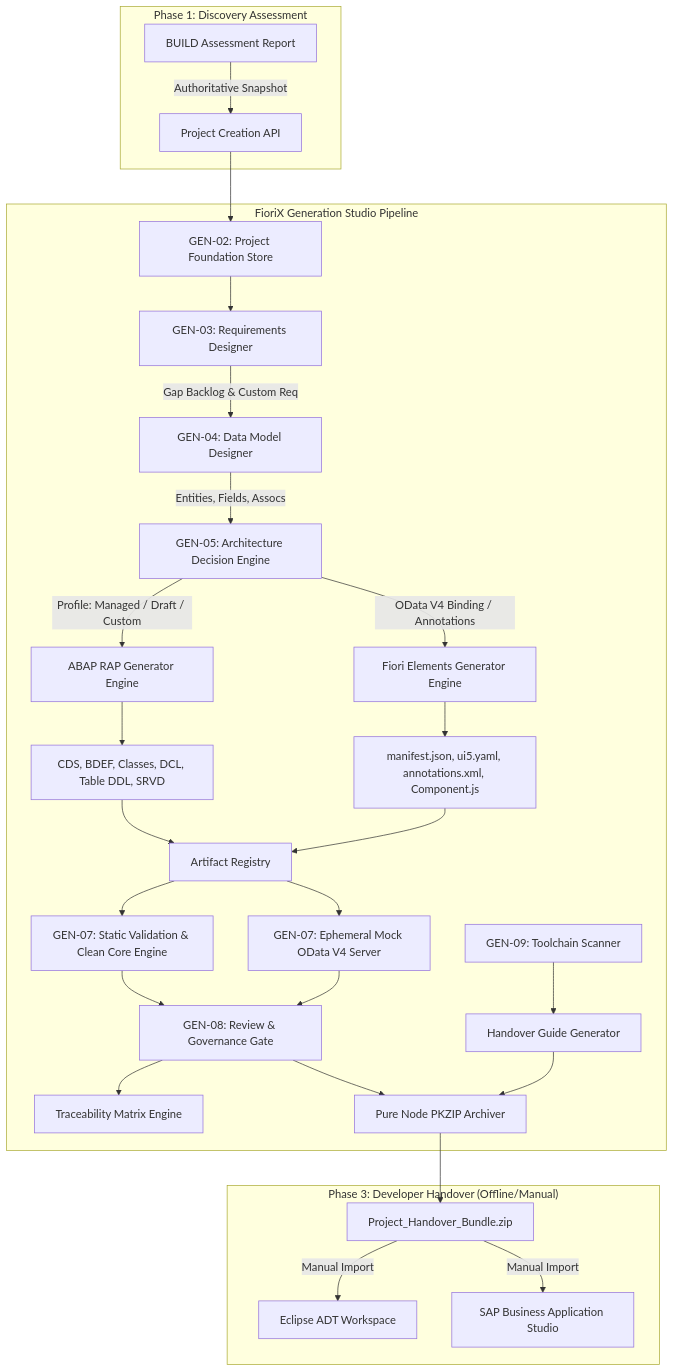
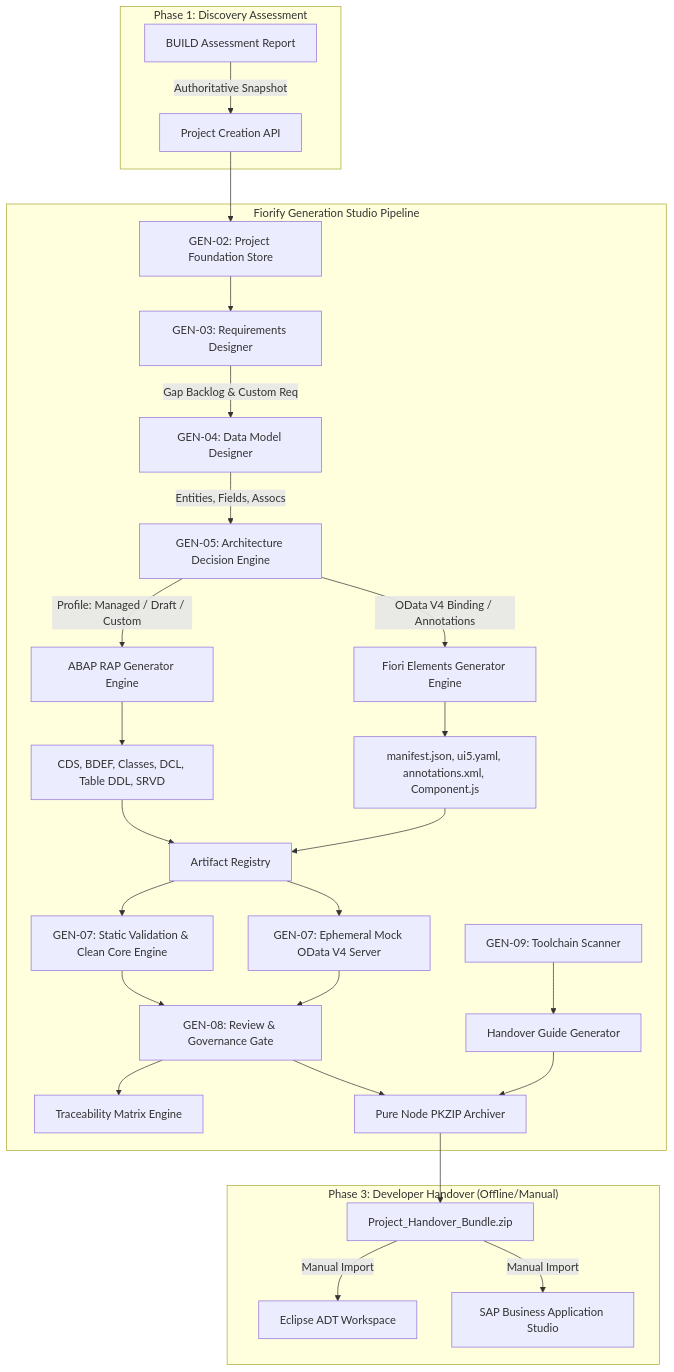
The diagram in docs/generation-audit/GENERATION_ARCHITECTURE_AND_DEPENDENCY_MAP.md (samarth092005/Firorix), drawn with Mermaid before and after one commit. The commit also changed other lines of this file and 395 other files, not shown here.

Commit message:
feat: Generation Studio UI redesign, dynamic SAP FAL matching & assessment enhancements

````diff
--- a/docs/generation-audit/GENERATION_ARCHITECTURE_AND_DEPENDENCY_MAP.md
+++ b/docs/generation-audit/GENERATION_ARCHITECTURE_AND_DEPENDENCY_MAP.md
@@ -79,37 +79,37 @@
 ```mermaid
 flowchart TD
     subgraph Discovery ["Phase 1: Discovery Assessment"]
         DA[BUILD Assessment Report] -->|Authoritative Snapshot| GS_CREATE[Project Creation API]
     end
 
-    subgraph GenStudio ["FioriX Generation Studio Pipeline"]
+    subgraph GenStudio ["Fiorify Generation Studio Pipeline"]
         GS_CREATE --> GEN02[GEN-02: Project Foundation Store]
         GEN02 --> GEN03[GEN-03: Requirements Designer]
         GEN03 -->|Gap Backlog & Custom Req| GEN04[GEN-04: Data Model Designer]
         GEN04 -->|Entities, Fields, Assocs| GEN05_DEC[GEN-05: Architecture Decision Engine]
         
         GEN05_DEC -->|Profile: Managed / Draft / Custom| GEN05_GEN[ABAP RAP Generator Engine]
         GEN05_DEC -->|OData V4 Binding / Annotations| GEN06_GEN[Fiori Elements Generator Engine]
         
         GEN05_GEN --> RAP_ARTIFACTS[CDS, BDEF, Classes, DCL, Table DDL, SRVD]
         GEN06_GEN --> FIORI_ARTIFACTS[manifest.json, ui5.yaml, annotations.xml, Component.js]
         
         RAP_ARTIFACTS & FIORI_ARTIFACTS --> ART_REG[Artifact Registry]
         
         ART_REG --> GEN07_VAL[GEN-07: Static Validation & Clean Core Engine]
         ART_REG --> GEN07_PREV[GEN-07: Ephemeral Mock OData V4 Server]
         
         GEN07_VAL & GEN07_PREV --> GEN08_REV[GEN-08: Review & Governance Gate]
         GEN08_REV --> GEN08_TRACE[Traceability Matrix Engine]
         GEN08_REV --> GEN08_ZIP[Pure Node PKZIP Archiver]
         
         GEN09_SCAN[GEN-09: Toolchain Scanner] --> GEN09_GUIDE[Handover Guide Generator]
         GEN09_GUIDE --> GEN08_ZIP
     end
 
     subgraph Handover ["Phase 3: Developer Handover (Offline/Manual)"]
         GEN08_ZIP --> ZIP_PKG[Project_Handover_Bundle.zip]
         ZIP_PKG -->|Manual Import| ECLIPSE[Eclipse ADT Workspace]
         ZIP_PKG -->|Manual Import| BAS[SAP Business Application Studio]
     end
 ```
````
